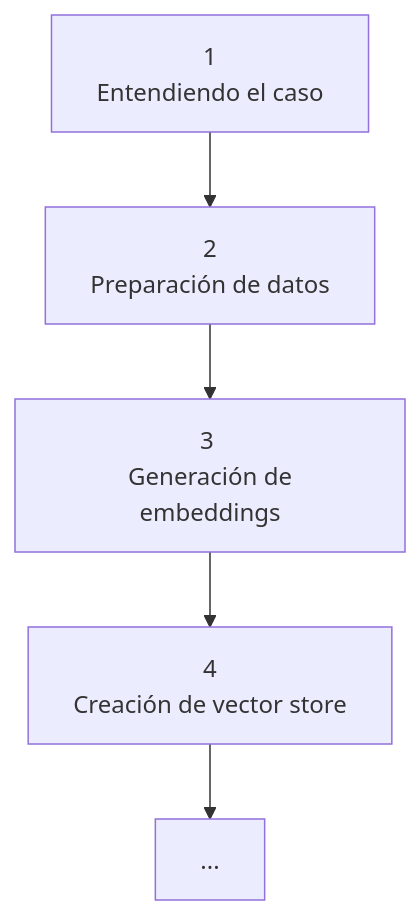
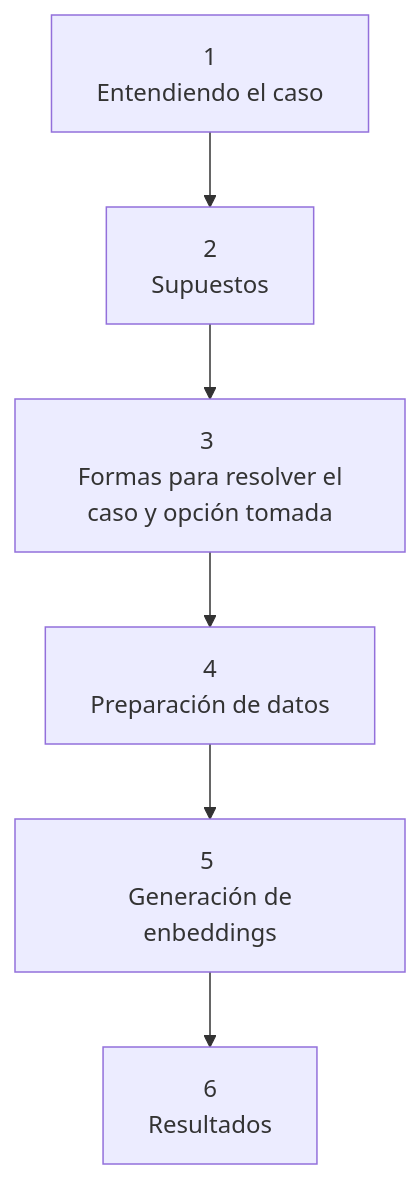
The first of 3 diagrams in docs/notes.md (NaTHuber/legal-consulting-poc), drawn with Mermaid before and after one commit. The commit also changed other lines of this file, not shown here.

Commit message:
[update]: Se actualizan notas con flujo de funcionamiento y resultados hasta ahora

````diff
--- a/docs/notes.md
+++ b/docs/notes.md
@@ -8,7 +8,8 @@
 ```mermaid
     graph TD 
-        A[1 <br> Entendiendo el caso]-->B[2 <br> Preparación de datos]
-        B-->C[3 <br> Generación de embeddings]
-        C-->D[4 <br> Creación de vector store]
-        D-->E[...]
+        A[1 <br> Entendiendo el caso]-->B[2 <br> Supuestos ]
+        B-->C[3 <br> Formas para resolver el caso y opción tomada]
+        C-->D[4 <br> Preparación de datos]
+        D-->E[5 <br> Generación de enbeddings]
+        E-->F[6 <br> Resultados]
 ```
````
